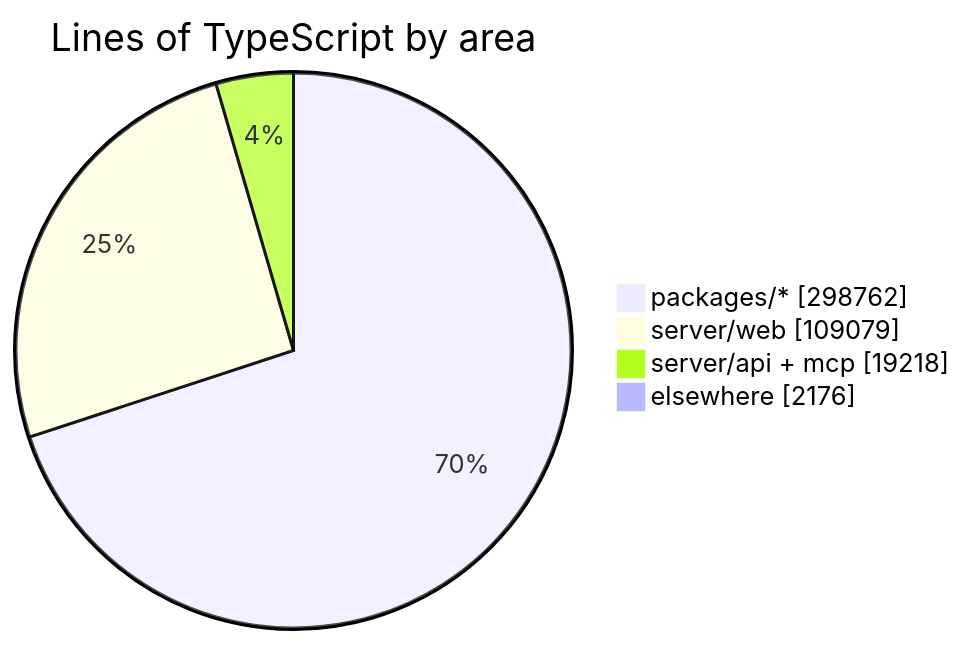
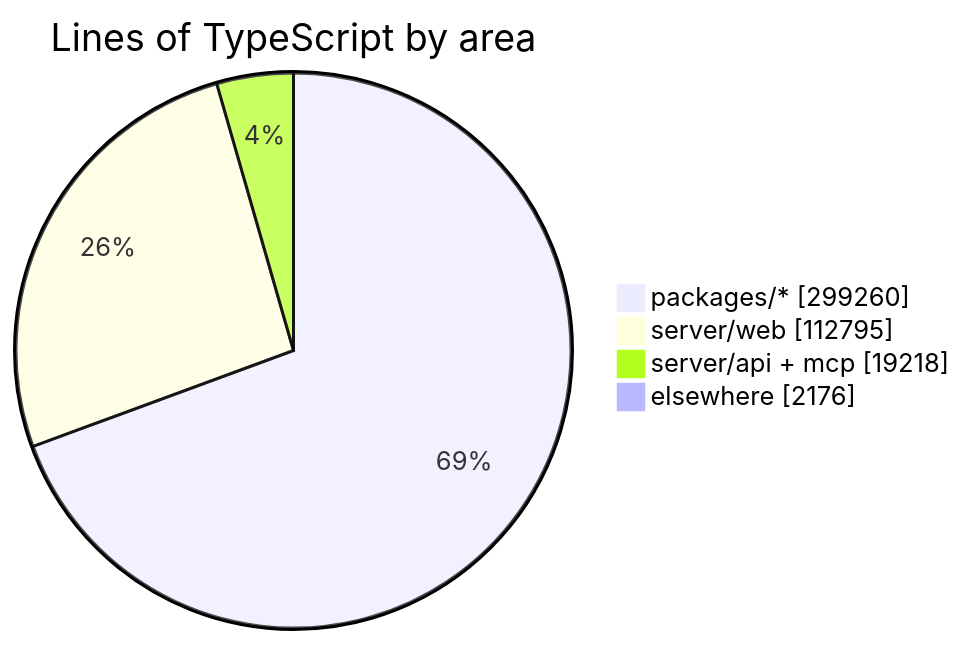
Before and after one commit to crossworks-engineering/mantle: the diagram in README.md, drawn with Mermaid. The commit also changed other lines of this file and 2 other files, not shown here.

````diff
--- a/README.md
+++ b/README.md
@@ -294,7 +294,7 @@
 ```mermaid
 pie showData title Lines of TypeScript by area
-    "packages/*" : 298762
-    "server/web" : 109079
+    "packages/*" : 299260
+    "server/web" : 112795
     "server/api + mcp" : 19218
     "elsewhere" : 2176
 ```
````
